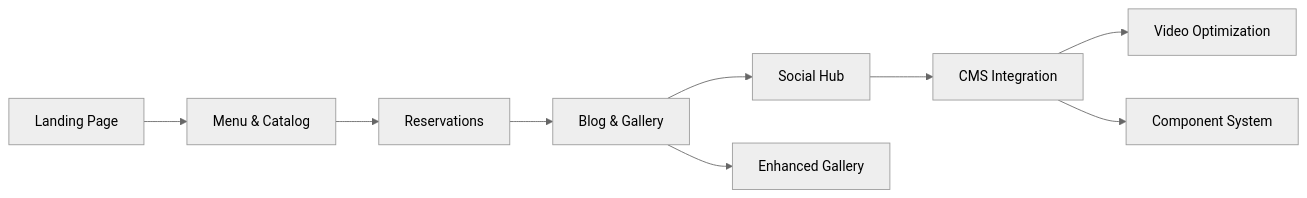
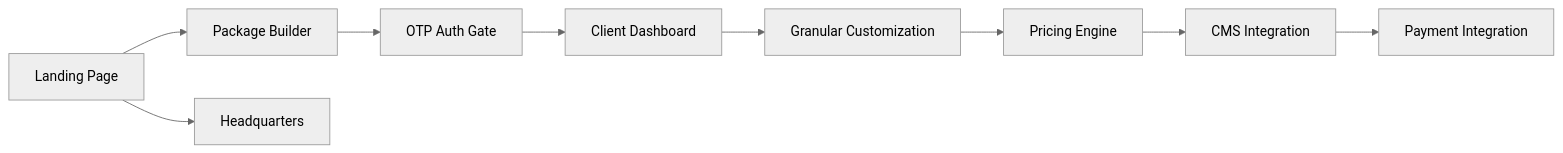
Before and after one commit to TLEV6500/bean-and-dream-monorepo: the diagram in .ai/sdd/PLAN.md, drawn with Mermaid (neutral theme). The commit also changed other lines of this file and 8 other files, not shown here.

````diff
--- a/.ai/sdd/PLAN.md
+++ b/.ai/sdd/PLAN.md
@@ -81,11 +80,11 @@
 ```mermaid
 flowchart LR
-    F01[Landing Page] --> F02[Menu & Catalog]
-    F02 --> F03[Reservations]
-    F03 --> F04[Blog & Gallery]
-    F04 --> F05[Social Hub]
-    F04 --> F06[Enhanced Gallery]
-    F05 --> F07[CMS Integration]
-    F07 --> F08[Video Optimization]
-    F07 --> F09[Component System]
+    F01[Landing Page] --> F02[Package Builder]
+    F02 --> F03[OTP Auth Gate]
+    F03 --> F04[Client Dashboard]
+    F01 --> F05[Headquarters]
+    F04 --> F06[Granular Customization]
+    F06 --> F07[Pricing Engine]
+    F07 --> F08[CMS Integration]
+    F08 --> F09[Payment Integration]
 ```
````
